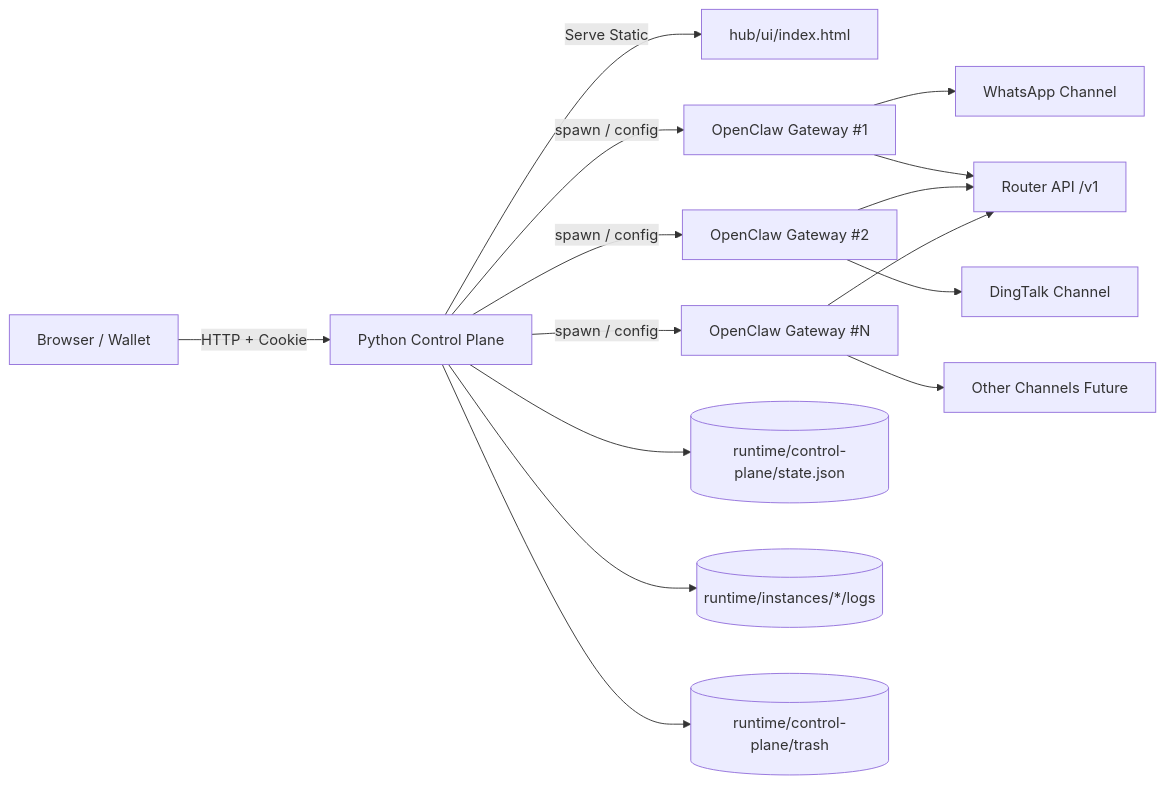
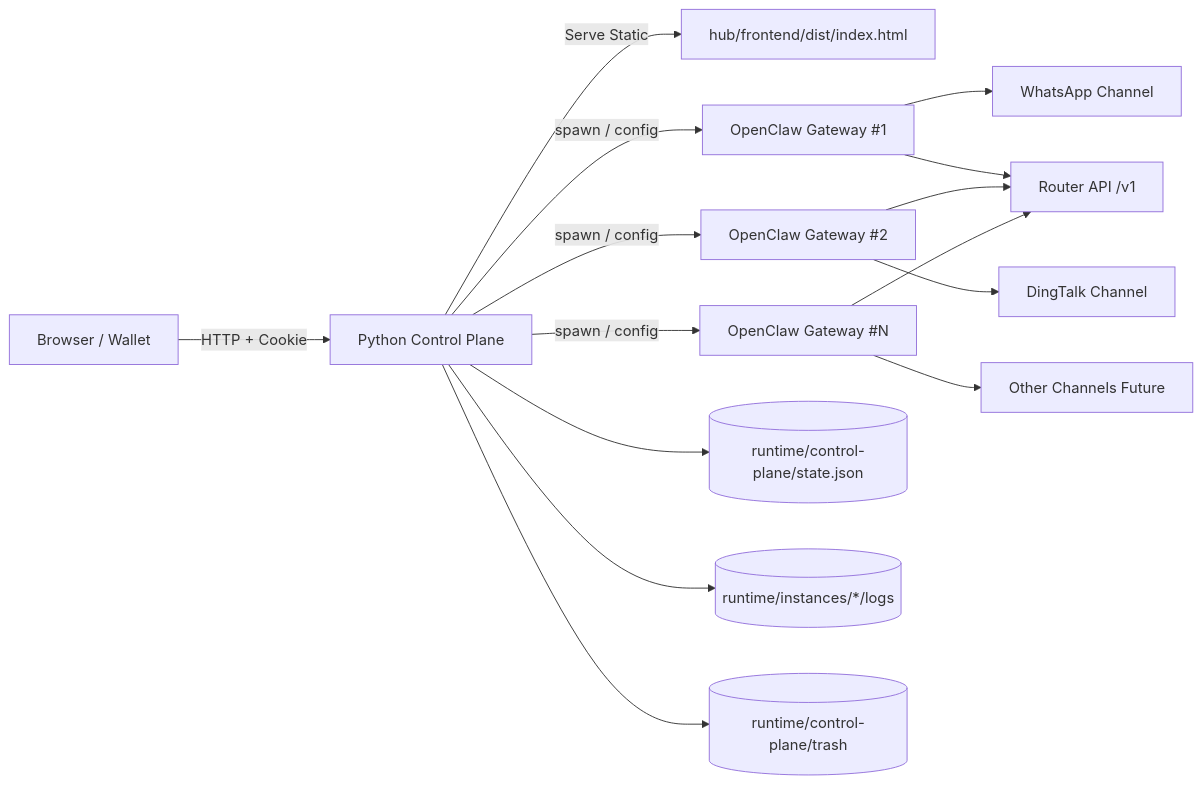
The first of 7 diagrams in docs/hub-control-plane-detailed-design.md (liuppx/robot), drawn with Mermaid before and after one commit. The commit also changed other lines of this file and 9 other files, not shown here.

Commit message:
chore(frontend): stop tracking built hub artifacts

````diff
--- a/docs/hub-control-plane-detailed-design.md
+++ b/docs/hub-control-plane-detailed-design.md
@@ -42,20 +42,20 @@
 ```mermaid
 flowchart LR
     U[Browser / Wallet] -->|HTTP + Cookie| CP[Python Control Plane]
-    CP -->|Serve Static| WEB[hub/ui/index.html]
+    CP -->|Serve Static| WEB[hub/frontend/dist/index.html]
     CP -->|spawn / config| OC1[OpenClaw Gateway #1]
     CP -->|spawn / config| OC2[OpenClaw Gateway #2]
     CP -->|spawn / config| OCN[OpenClaw Gateway #N]
 
     OC1 --> WA1[WhatsApp Channel]
     OC2 --> DD2[DingTalk Channel]
     OCN --> CHN[Other Channels Future]
 
     OC1 --> ROUTER[Router API /v1]
     OC2 --> ROUTER
     OCN --> ROUTER
 
     CP --> STATE[(runtime/control-plane/state.json)]
     CP --> LOGS[(runtime/instances/*/logs)]
     CP --> TRASH[(runtime/control-plane/trash)]
 ```
````
